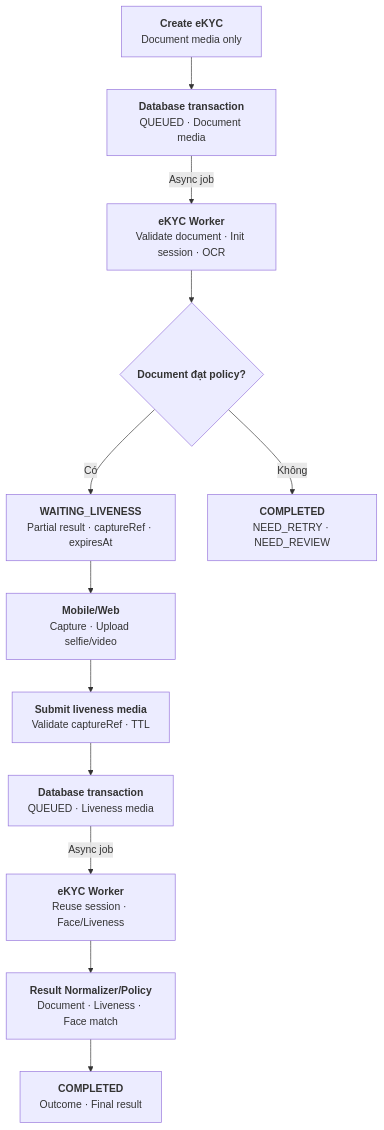
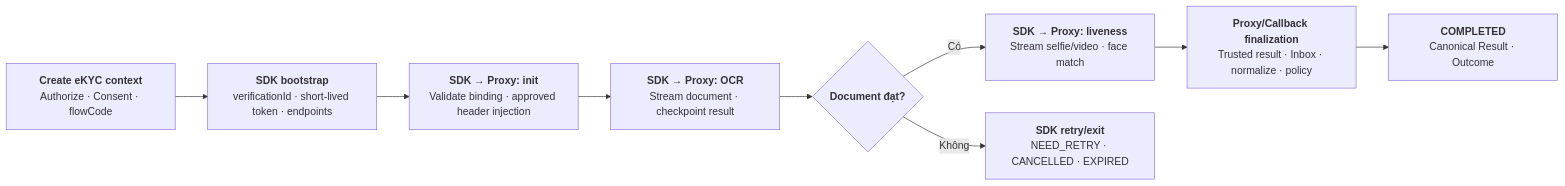
The sixth of 8 diagrams in noxh-ekyc.md (huynv-xyz/vhm), drawn with Mermaid before and after one commit. The commit also changed other lines of this file, not shown here.

````diff
--- a/noxh-ekyc.md
+++ b/noxh-ekyc.md
@@ -337,32 +388,24 @@
 ```mermaid
-flowchart TB
-    CREATE["`**Create eKYC**
-Document media only`"]
-    DOC_ACCEPT["`**Database transaction**
-QUEUED · Document media`"]
-    OCR_WORKER["`**eKYC Worker**
-Validate document · Init session · OCR`"]
-    DOC_CHECK{"`**Document đạt policy?**`"}
-    WAIT["`**WAITING_LIVENESS**
-Partial result · captureRef · expiresAt`"]
-    DOC_END["`**COMPLETED**
-NEED_RETRY · NEED_REVIEW`"]
-    CAPTURE["`**Mobile/Web**
-Capture · Upload selfie/video`"]
-    SUBMIT["`**Submit liveness media**
-Validate captureRef · TTL`"]
-    LIVE_ACCEPT["`**Database transaction**
-QUEUED · Liveness media`"]
-    LIVE_WORKER["`**eKYC Worker**
-Reuse session · Face/Liveness`"]
-    POLICY["`**Result Normalizer/Policy**
-Document · Liveness · Face match`"]
+flowchart LR
+    CREATE["`**Create eKYC context**
+Authorize · Consent · flowCode`"]
+    BOOTSTRAP["`**SDK bootstrap**
+verificationId · short-lived token · endpoints`"]
+    INIT["`**SDK → Proxy: init**
+Validate binding · approved header injection`"]
+    OCR["`**SDK → Proxy: OCR**
+Stream document · checkpoint result`"]
+    DOC_CHECK{"`**Document đạt?**`"}
+    LIVE["`**SDK → Proxy: liveness**
+Stream selfie/video · face match`"]
+    FINAL["`**Proxy/Callback finalization**
+Trusted result · Inbox · normalize · policy`"]
     DONE["`**COMPLETED**
-Outcome · Final result`"]
+Canonical Result · Outcome`"]
+    RETRY["`**SDK retry/exit**
+NEED_RETRY · CANCELLED · EXPIRED`"]
 
-    CREATE --> DOC_ACCEPT -->|"Async job"| OCR_WORKER --> DOC_CHECK
-    DOC_CHECK -->|"Có"| WAIT
-    DOC_CHECK -->|"Không"| DOC_END
-    WAIT --> CAPTURE --> SUBMIT --> LIVE_ACCEPT
-    LIVE_ACCEPT -->|"Async job"| LIVE_WORKER --> POLICY --> DONE
+    CREATE --> BOOTSTRAP --> INIT --> OCR --> DOC_CHECK
+    DOC_CHECK -->|"Có"| LIVE --> FINAL --> DONE
+    DOC_CHECK -->|"Không"| RETRY
 ```
````
